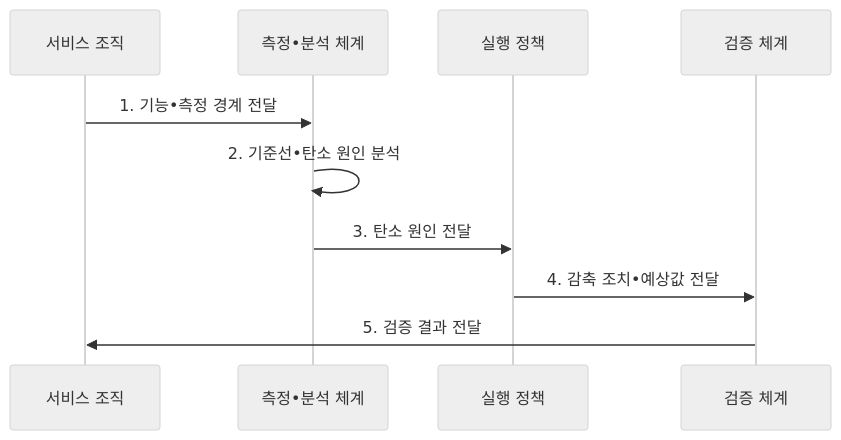
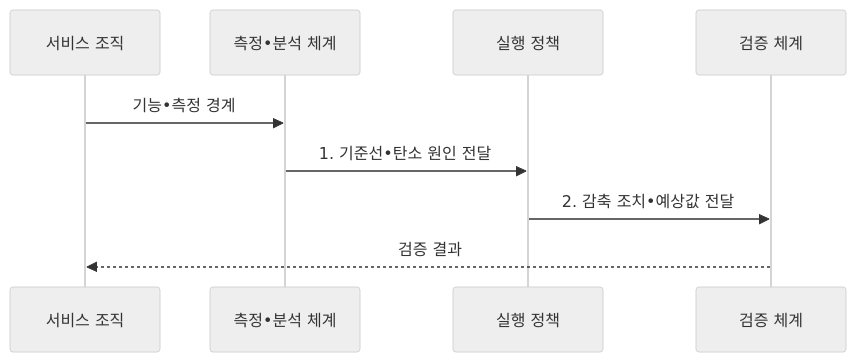
Before and after one commit to agnusdei1207/knowledge-base: the second of 2 diagrams in src/content/docs/notes/08-latest-tech/196_green_software.md, drawn with Mermaid (neutral theme). The commit also changed other lines of this file and 20 other files, not shown here.

````diff
--- a/src/content/docs/notes/08-latest-tech/196_green_software.md
+++ b/src/content/docs/notes/08-latest-tech/196_green_software.md
@@ -104,12 +108,11 @@
 ```mermaid
 sequenceDiagram
   participant O as 서비스 조직
     participant M as 측정•분석 체계
   participant P as 실행 정책
   participant V as 검증 체계
-  O->>M: 1. 기능•측정 경계 전달
-    M->>M: 2. 기준선•탄소 원인 분석
-    M->>P: 3. 탄소 원인 전달
-  P->>V: 4. 감축 조치•예상값 전달
-  V->>O: 5. 검증 결과 전달
+  O->>M: 기능•측정 경계
+  M->>P: 1. 기준선•탄소 원인 전달
+  P->>V: 2. 감축 조치•예상값 전달
+  V-->>O: 검증 결과
 ```
````
